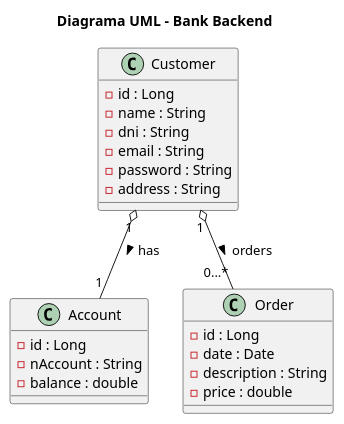
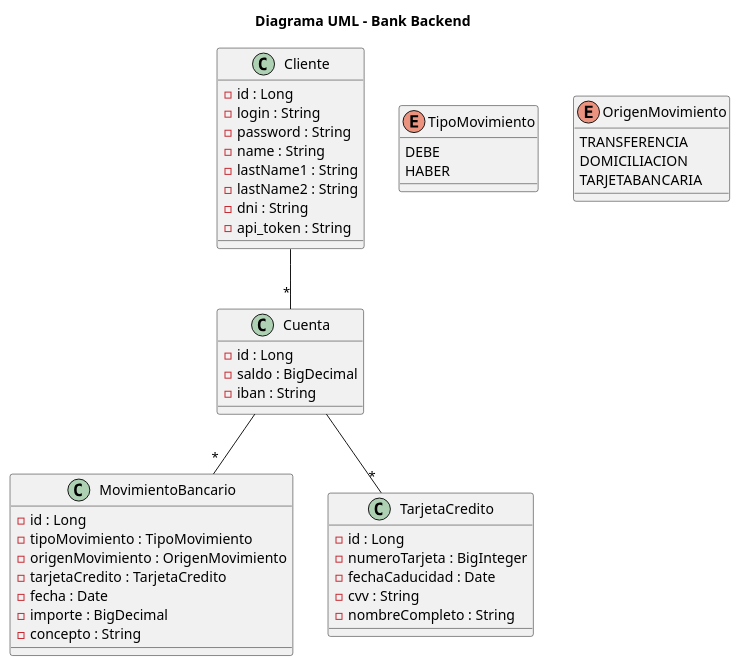
Before and after one commit to ArtyHub-Mislata/banco-back: the diagram in docs/uml/banco-back.puml, drawn with PlantUML. The commit also changed 7 other files, not shown here.

Commit message:
feat(ArtyHub-Mislata/sprints#26): Hechos los modelos, enumerados y el uml del banco-back

```diff
--- a/docs/uml/banco-back.puml
+++ b/docs/uml/banco-back.puml
@@ -1,30 +1,56 @@
 @startuml
 
 title Diagrama UML - Bank Backend
 
-class Customer {
+class Cliente {
     - id : Long
+    - login : String
+    - password : String
     - name : String
+    - lastName1 : String
+    - lastName2 : String
     - dni : String
-    - email : String
-    - password : String
-    - address : String
+    - api_token : String
 }
 
-class Account {
+class Cuenta {
     - id : Long
-    - nAccount : String
-    - balance : double
+    - saldo : BigDecimal
+    - iban : String
 }
 
-class Order {
+class MovimientoBancario {
     - id : Long
-    - date : Date
-    - description : String
-    - price : double
+    - tipoMovimiento : TipoMovimiento
+    - origenMovimiento : OrigenMovimiento
+    - tarjetaCredito : TarjetaCredito
+    - fecha : Date
+    - importe : BigDecimal
+    - concepto : String
 }
 
-Customer "1" o-- "1" Account : has >
-Customer "1" o-- "0...*" Order : orders >
+class TarjetaCredito {
+    - id : Long
+    - numeroTarjeta : BigInteger
+    - fechaCaducidad : Date
+    - cvv : String
+    - nombreCompleto : String
+}
+
+enum TipoMovimiento {
+    DEBE
+    HABER
+}
+
+enum OrigenMovimiento {
+    TRANSFERENCIA
+    DOMICILIACION
+    TARJETABANCARIA
+}
+
+Cliente -- "*" Cuenta
+
+Cuenta -- "*" MovimientoBancario
+Cuenta -- "*" TarjetaCredito
 
 @enduml
```
